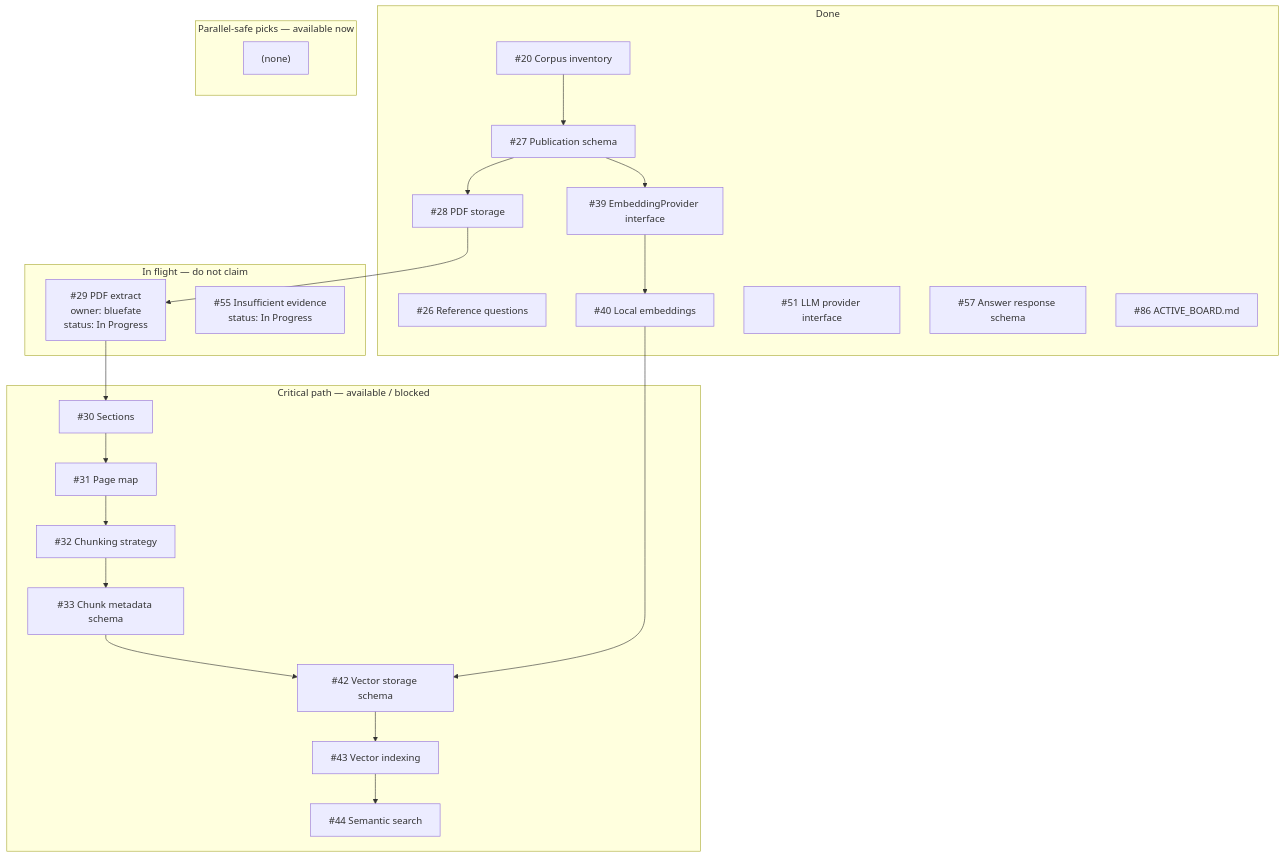
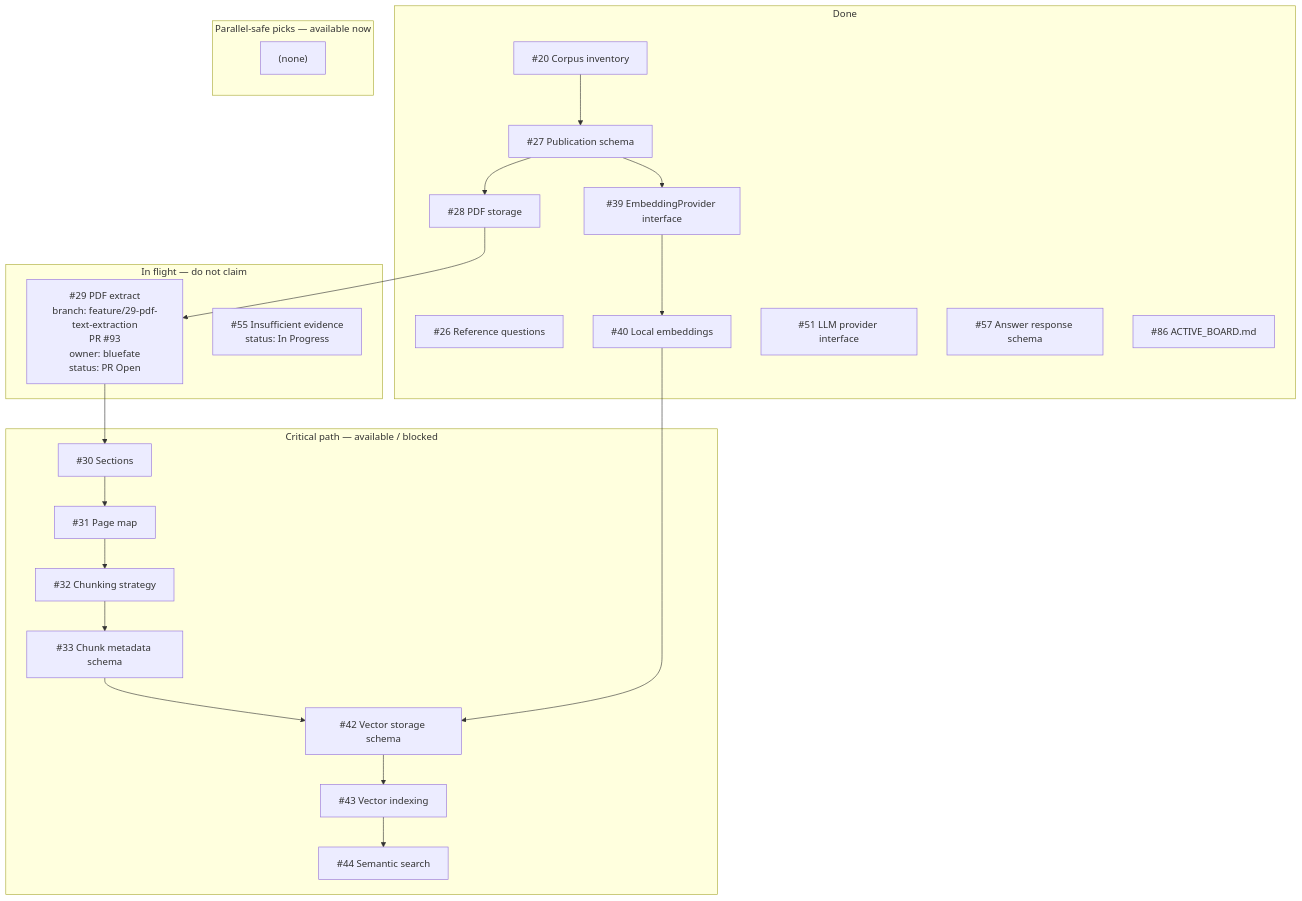
Before and after one commit to bluefate/spacebio-evidence-engine: the diagram in docs/development/ACTIVE_BOARD.md, drawn with Mermaid. The commit also changed other lines of this file, not shown here.

Commit message:
chore: refresh ACTIVE_BOARD after opening #29 PR

````diff
--- a/docs/development/ACTIVE_BOARD.md
+++ b/docs/development/ACTIVE_BOARD.md
@@ -61,43 +61,43 @@
 ```mermaid
 flowchart TB
   subgraph done [Done]
     i20["#20 Corpus inventory"]
     i26["#26 Reference questions"]
     i27["#27 Publication schema"]
     i28["#28 PDF storage"]
     i39["#39 EmbeddingProvider interface"]
     i40["#40 Local embeddings"]
     i51["#51 LLM provider interface"]
     i57["#57 Answer response schema"]
     i86["#86 ACTIVE_BOARD.md"]
   end
   subgraph inflight [In flight — do not claim]
-    i29["#29 PDF extract<br/>owner: bluefate<br/>status: In Progress"]
+    i29["#29 PDF extract<br/>branch: feature/29-pdf-text-extraction<br/>PR #93<br/>owner: bluefate<br/>status: PR Open"]
     i55["#55 Insufficient evidence<br/>status: In Progress"]
   end
   subgraph nextCritical [Critical path — available / blocked]
     i30["#30 Sections"]
     i31["#31 Page map"]
     i32["#32 Chunking strategy"]
     i33["#33 Chunk metadata schema"]
     i42["#42 Vector storage schema"]
     i43["#43 Vector indexing"]
     i44["#44 Semantic search"]
   end
   subgraph nextParallel [Parallel-safe picks — available now]
     nextParallel_empty["(none)"]
   end
   i20 --> i27
   i27 --> i28
   i28 --> i29
   i29 --> i30
   i30 --> i31
   i31 --> i32
   i32 --> i33
   i33 --> i42
   i27 --> i39
   i39 --> i40
   i40 --> i42
   i42 --> i43
   i43 --> i44
 ```
````
